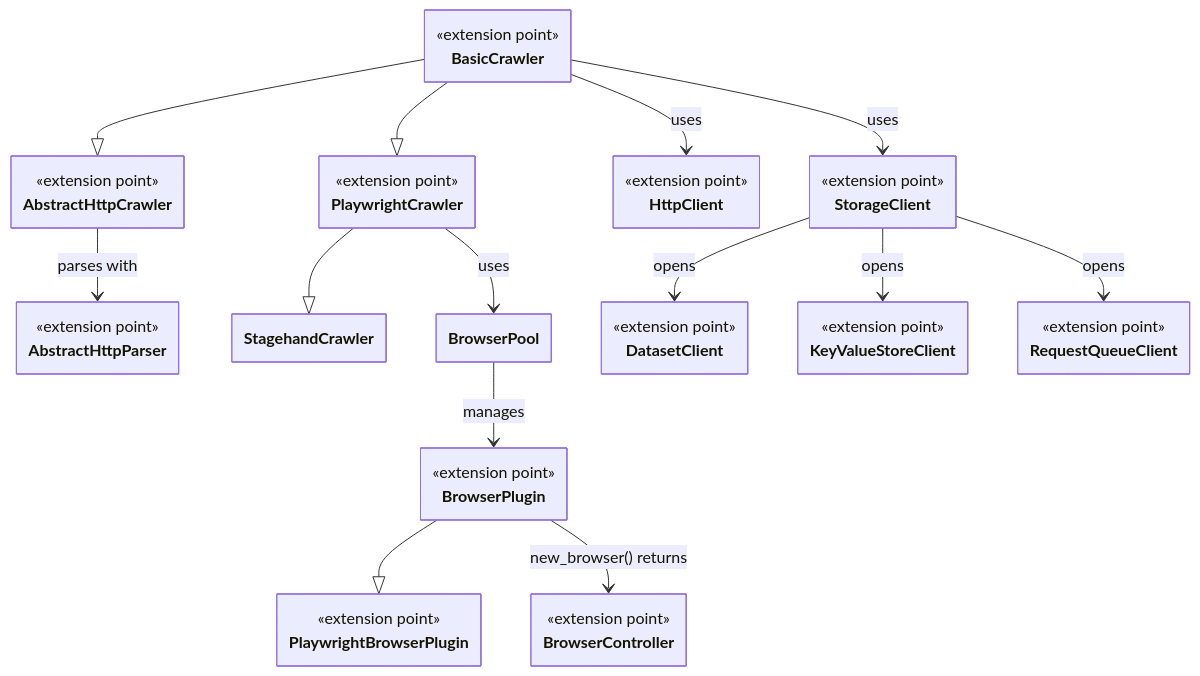
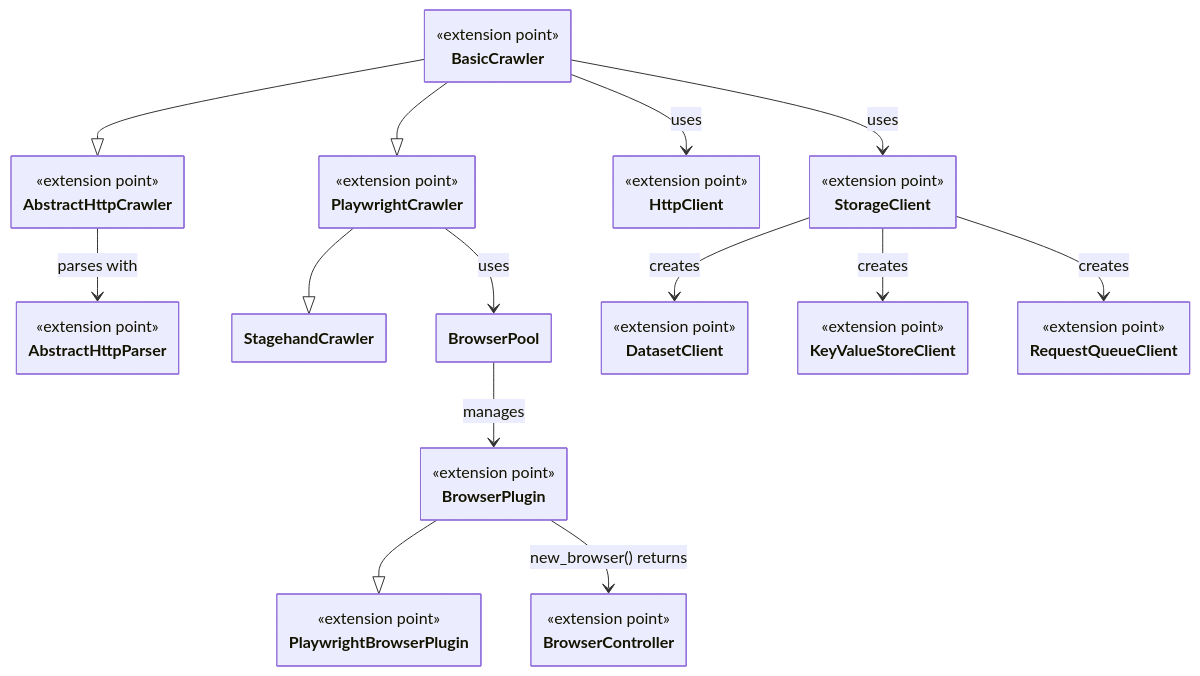
One commit to apify/crawlee-python changed the diagram in docs/guides/extending_crawlee.mdx. Above: the diagram before and after it, drawn with Mermaid. The commit also changed other lines of this file, not shown here.

```diff
--- a/docs/guides/extending_crawlee.mdx
+++ b/docs/guides/extending_crawlee.mdx
@@ -22,6 +22,10 @@
 ---
 
 classDiagram
+
+%% ========================
+%% Crawlers
+%% ========================
 
 class BasicCrawler {
     <<extension point>>
@@ -41,9 +45,17 @@
 
 class StagehandCrawler
 
+%% ========================
+%% HTTP clients
+%% ========================
+
 class HttpClient {
     <<extension point>>
 }
+
+%% ========================
+%% Storage clients
+%% ========================
 
 class StorageClient {
     <<extension point>>
@@ -61,6 +73,10 @@
     <<extension point>>
 }
 
+%% ========================
+%% Browsers
+%% ========================
+
 class BrowserPool
 
 class BrowserPlugin {
@@ -75,15 +91,19 @@
     <<extension point>>
 }
 
+%% ========================
+%% Relations
+%% ========================
+
 BasicCrawler --|> AbstractHttpCrawler
 BasicCrawler --|> PlaywrightCrawler
 AbstractHttpCrawler --> AbstractHttpParser : parses with
 PlaywrightCrawler --|> StagehandCrawler
 BasicCrawler --> HttpClient : uses
 BasicCrawler --> StorageClient : uses
-StorageClient --> DatasetClient : opens
-StorageClient --> KeyValueStoreClient : opens
-StorageClient --> RequestQueueClient : opens
+StorageClient --> DatasetClient : creates
+StorageClient --> KeyValueStoreClient : creates
+StorageClient --> RequestQueueClient : creates
 PlaywrightCrawler --> BrowserPool : uses
 BrowserPool --> BrowserPlugin : manages
 BrowserPlugin --|> PlaywrightBrowserPlugin
```
